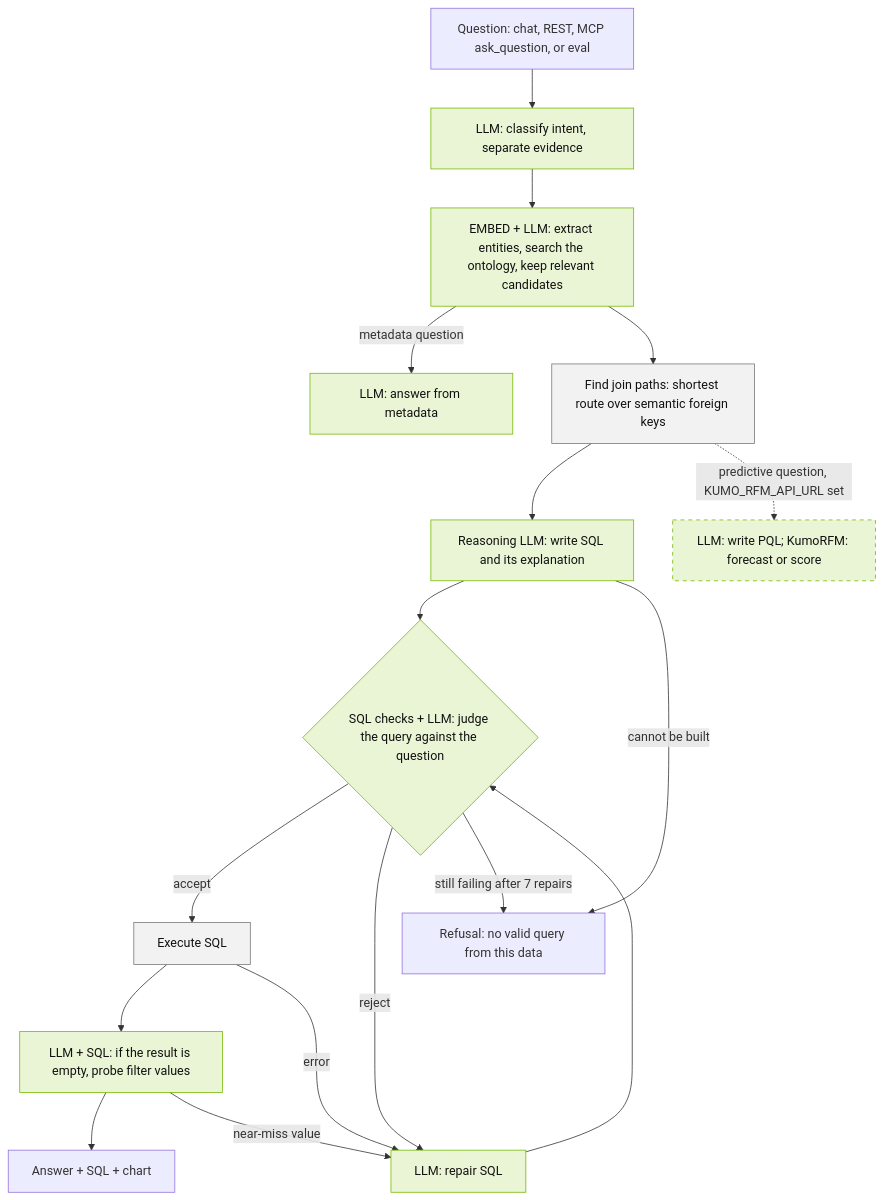
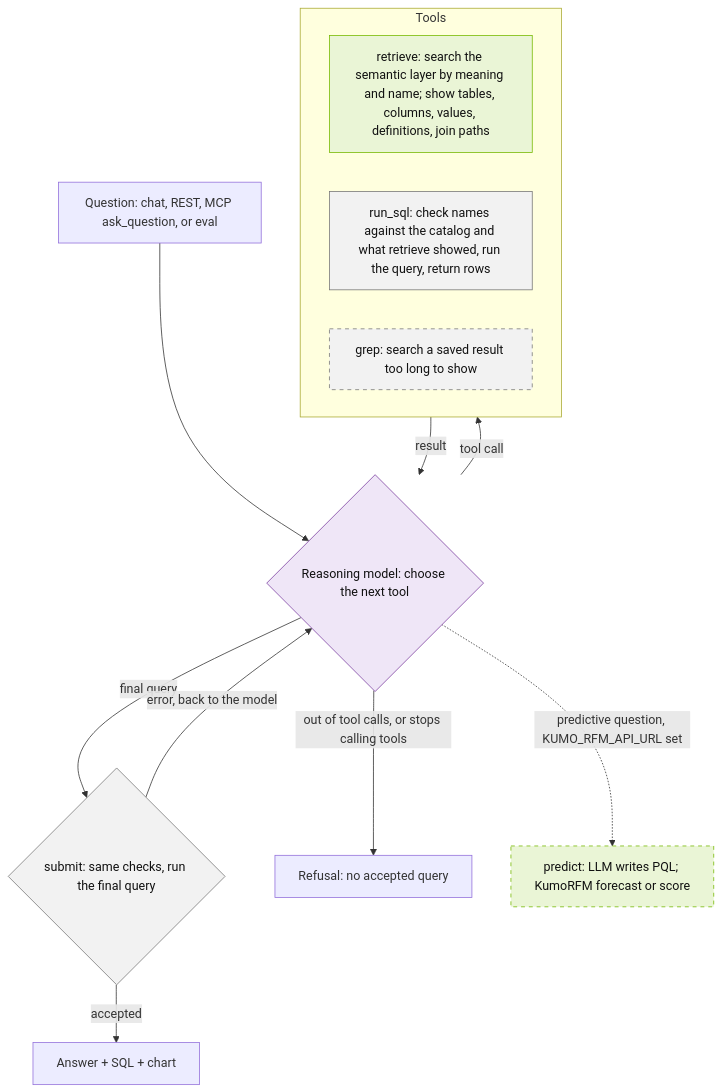
One commit to NVIDIA/auto-ontology changed the third of 3 diagrams in docs/architecture.md. Above: the diagram before and after it, drawn with Mermaid. The commit also changed other lines of this file and 2 other files, not shown here.

First line of the commit message:
Document ReAct as the only answer path

````diff
--- a/docs/architecture.md
+++ b/docs/architecture.md
@@ -204,32 +205,31 @@
 ```mermaid
 flowchart TD
   q["Question: chat, REST, MCP ask_question, or eval"]
-  intent["LLM: classify intent, separate evidence"]
-  ret["EMBED + LLM: extract entities, search the ontology, keep relevant candidates"]
-  meta["LLM: answer from metadata"]
-  join["Find join paths: shortest route over semantic foreign keys"]
-  gen["Reasoning LLM: write SQL and its explanation"]
-  judge{"SQL checks + LLM: judge the query against the question"}
-  fix["LLM: repair SQL"]
-  run["Execute SQL"]
-  check["LLM + SQL: if the result is empty, probe filter values"]
+  agent{"Reasoning model: choose the next tool"}
+  subgraph tools["Tools"]
+    direction LR
+    retrieve["retrieve: search the semantic layer by meaning and name; show tables, columns, values, definitions, join paths"]
+    runsql["run_sql: check names against the catalog and what retrieve showed, run the query, return rows"]
+    grep["grep: search a saved result too long to show"]
+  end
+  submit{"submit: same checks, run the final query"}
   ans["Answer + SQL + chart"]
-  ref["Refusal: no valid query from this data"]
-  kumo["LLM: write PQL; KumoRFM: forecast or score"]
-  q --> intent --> ret
-  ret -- "metadata question" --> meta
-  ret --> join --> gen --> judge
-  judge -- "accept" --> run --> check --> ans
-  judge -- "reject" --> fix --> judge
-  run -- "error" --> fix
-  check -- "near-miss value" --> fix
-  gen -- "cannot be built" --> ref
-  judge -- "still failing after 7 repairs" --> ref
-  join -. "predictive question, KUMO_RFM_API_URL set" .-> kumo
+  ref["Refusal: no accepted query"]
+  predict["predict: LLM writes PQL; KumoRFM forecast or score"]
+  q --> agent
+  agent -- "tool call" --> tools
+  tools -- "result" --> agent
+  agent -- "final query" --> submit
+  submit -- "accepted" --> ans
+  submit -- "error, back to the model" --> agent
+  agent -- "out of tool calls, or stops calling tools" --> ref
+  agent -. "predictive question, KUMO_RFM_API_URL set" .-> predict
   classDef model fill:#eaf5d6,stroke:#76b900,color:#111
   classDef det fill:#f2f2f2,stroke:#777,color:#111
+  classDef react fill:#efe6f7,stroke:#7b3fa0,color:#111
   classDef optional stroke-dasharray:5 5
-  class intent,ret,meta,gen,judge,fix,check,kumo model
-  class join,run det
-  class kumo optional
+  class agent react
+  class retrieve,predict model
+  class runsql,grep,submit det
+  class grep,predict optional
 ```
````
